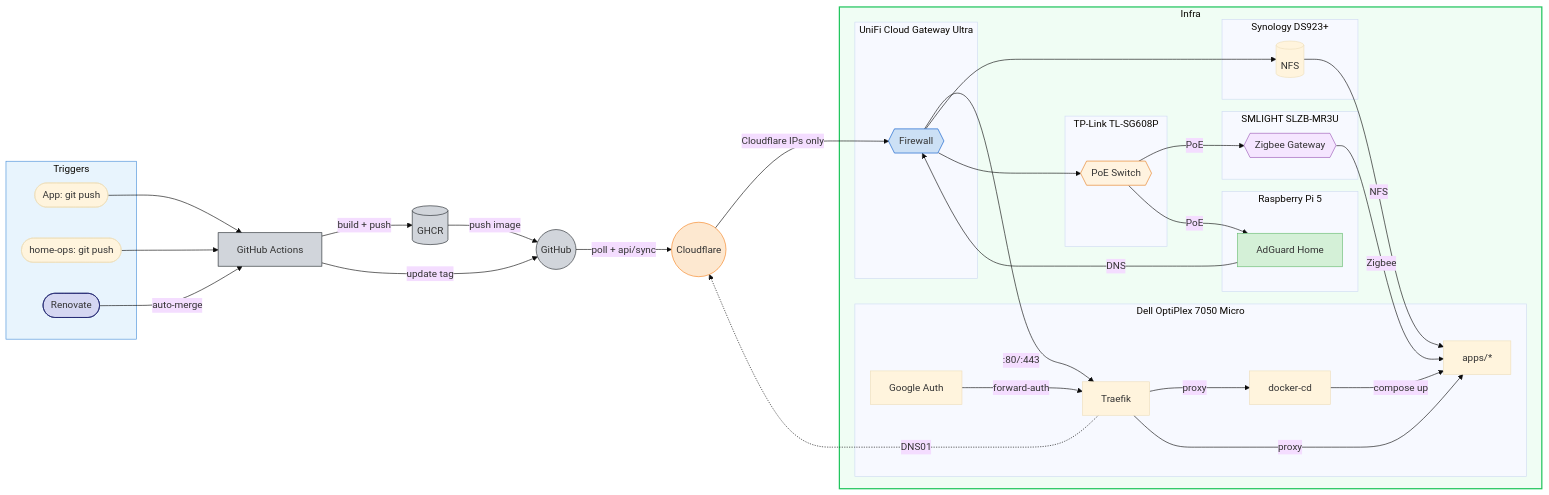
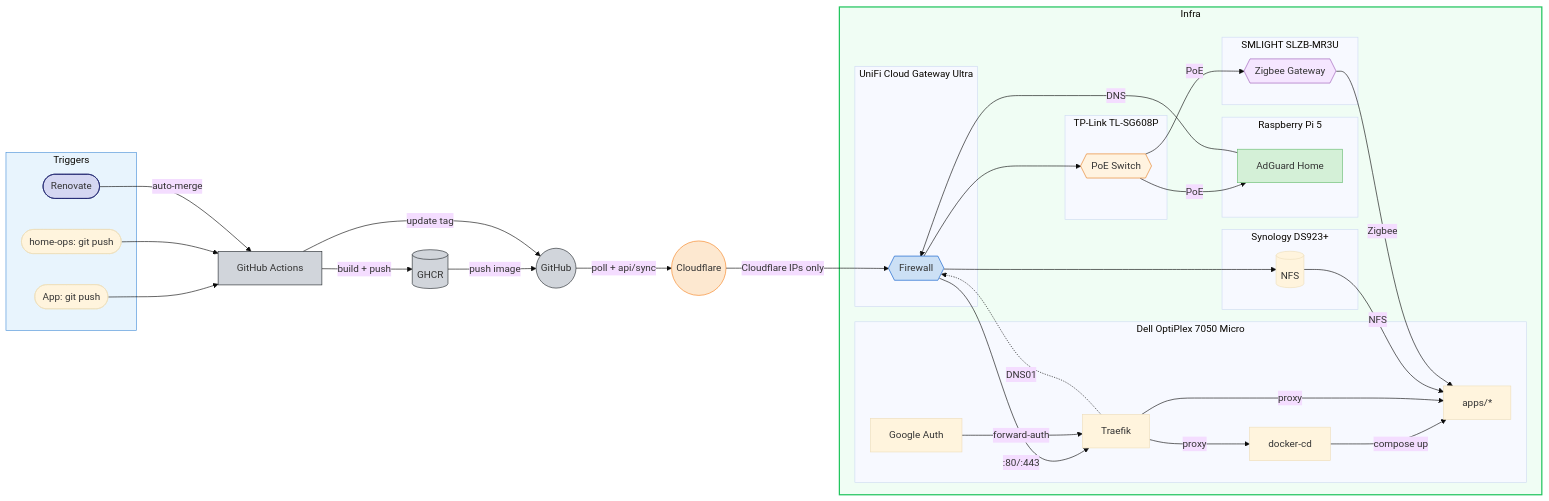
Before and after one commit to wajeht/home-ops: the diagram in README.md, drawn with Mermaid (base theme).

Commit message:
docs: correct typo in diagram, unifi instead of cf

````diff
--- a/README.md
+++ b/README.md
@@ -16,65 +16,65 @@
 ```mermaid
 flowchart LR
     subgraph triggers[Triggers]
         app_push([App: git push])
         ops_push([home-ops: git push])
         renovate([Renovate])
     end
 
     app_push --> ci[GitHub Actions] -->|build + push| ghcr[(GHCR)]
     ghcr -->|push image| github((GitHub))
     ci -->|update tag| github
     ops_push --> ci
     renovate -->|auto-merge| ci
     github -->|poll + api/sync | cf((Cloudflare)) -->|Cloudflare IPs only| unifi -->|:80/:443| traefik -->|proxy| docker_cd
 
     subgraph infra[Infra]
         subgraph dell[Dell OptiPlex 7050 Micro]
             docker_cd[docker-cd] -->|compose up| apps[apps/*]
             traefik[Traefik] -->|proxy| apps
             google_auth[Google Auth] -->|forward-auth| traefik
         end
 
         subgraph nas[Synology DS923+]
             nfs[(NFS)]
         end
 
         subgraph ucg[UniFi Cloud Gateway Ultra]
             unifi{{Firewall}}
         end
 
         subgraph pi[Raspberry Pi 5]
             adguard[AdGuard Home]
         end
 
         subgraph slzb[SMLIGHT SLZB-MR3U]
             zigbee{{Zigbee Gateway}}
         end
 
         subgraph tplink[TP-Link TL-SG608P]
             poe{{PoE Switch}}
         end
 
         nfs -->|NFS| apps
         adguard -->|DNS| unifi
         unifi --> nfs
         unifi --> poe
         poe -->|PoE| zigbee
         poe -->|PoE| adguard
         zigbee -->|Zigbee| apps
     end
 
-    traefik -.->|DNS01| cf
+    traefik -.->|DNS01| unifi
 
     style triggers fill:#e8f4fd,stroke:#4a90d9
     style infra fill:#f0fdf4,stroke:#22c55e,stroke-width:2px
     style cf fill:#fde8d0,stroke:#f6821f,color:#333
     style github fill:#d1d5db,stroke:#24292e,color:#333
     style ghcr fill:#d1d5db,stroke:#24292e,color:#333
     style ci fill:#d1d5db,stroke:#24292e,color:#333
     style renovate fill:#d5d7f2,stroke:#1a1f6c,color:#333
     style adguard fill:#d4f0d7,stroke:#68bc71,color:#333
     style unifi fill:#cce0f5,stroke:#0559c9,color:#333
     style zigbee fill:#f5e6ff,stroke:#9b59b6,color:#333
     style poe fill:#fff3e0,stroke:#e67e22,color:#333
 ```
````
